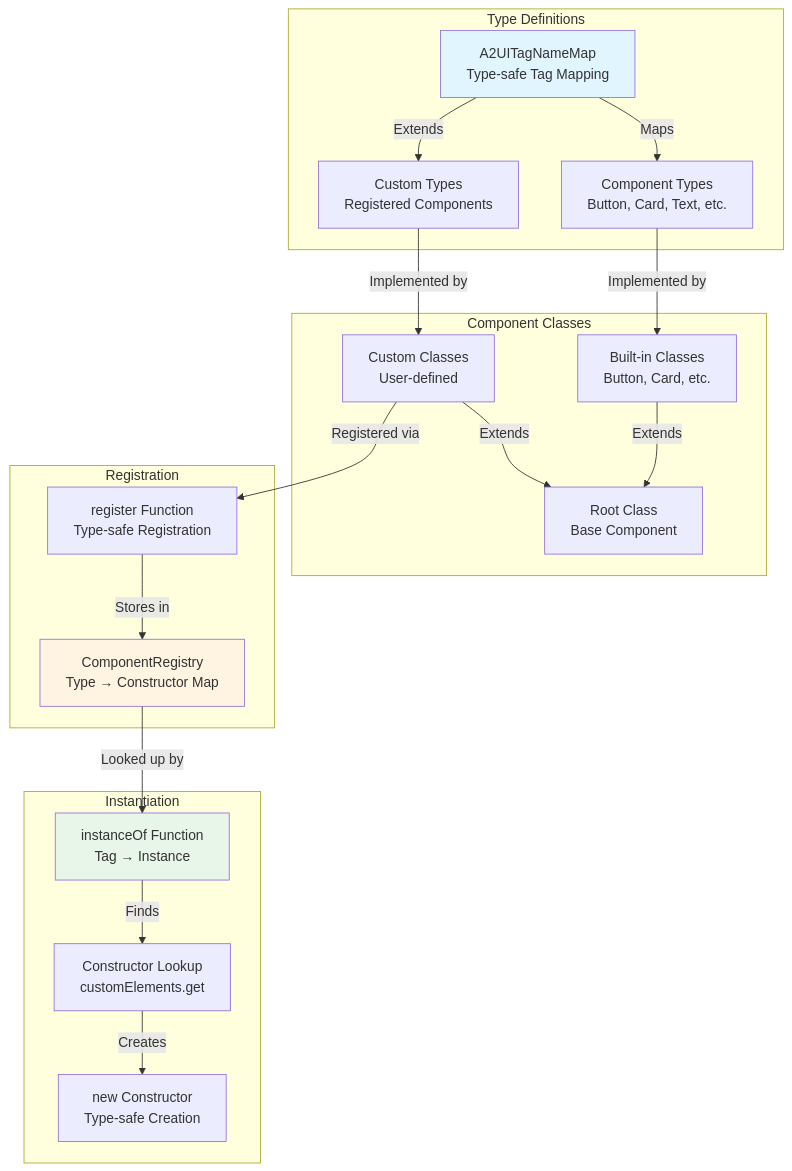
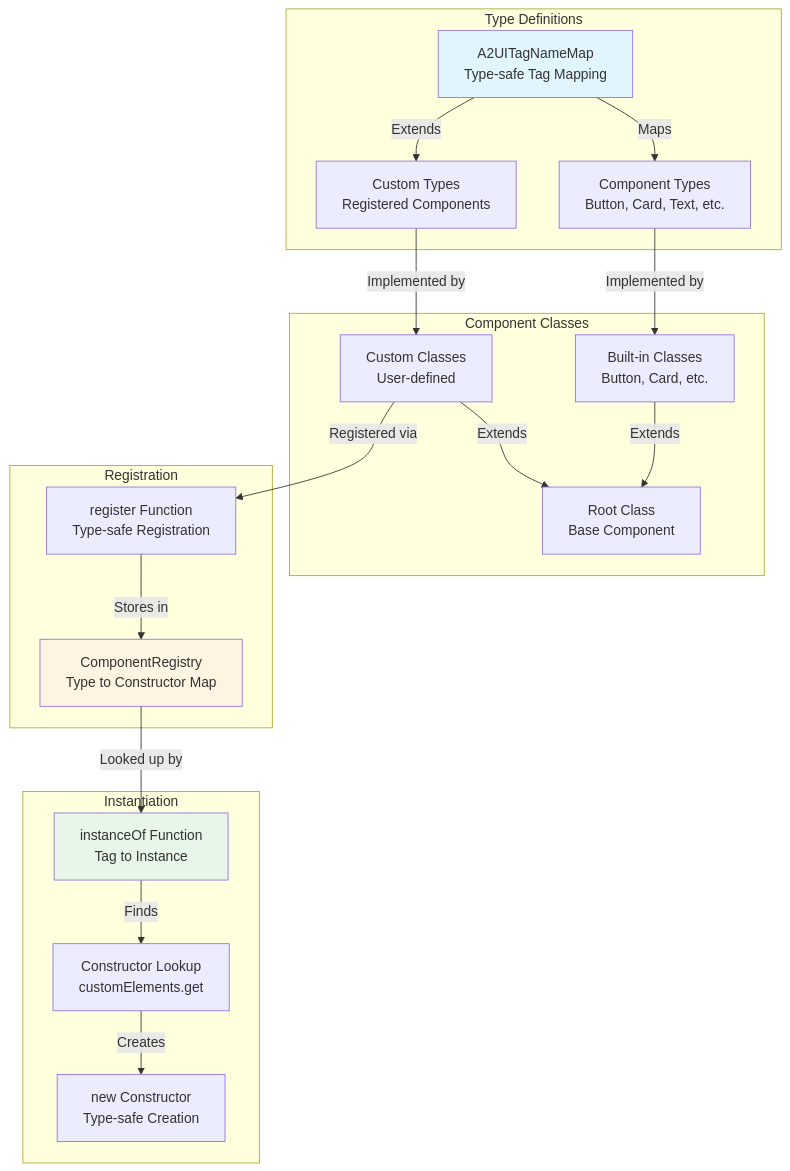
Before and after one commit to google/A2UI: the fourth of 6 diagrams in A2UI_TECHNICAL_ARCHITECTURE.md, drawn with Mermaid. The commit also changed other lines of this file, not shown here.

Commit message:
Fix Mermaid syntax error in Data Binding Flow diagram

````diff
--- a/A2UI_TECHNICAL_ARCHITECTURE.md
+++ b/A2UI_TECHNICAL_ARCHITECTURE.md
@@ -197,42 +197,42 @@
 ```mermaid
 graph TD
     subgraph "Type Definitions"
         TAG_MAP[A2UITagNameMap<br/>Type-safe Tag Mapping]
         COMP_TYPES[Component Types<br/>Button, Card, Text, etc.]
         CUSTOM_TYPES[Custom Types<br/>Registered Components]
     end
 
     subgraph "Component Classes"
         ROOT_CLASS[Root Class<br/>Base Component]
         BUILTIN_CLASS[Built-in Classes<br/>Button, Card, etc.]
         CUSTOM_CLASS[Custom Classes<br/>User-defined]
     end
 
     subgraph "Registration"
-        REGISTRY[ComponentRegistry<br/>Type → Constructor Map]
-        REGISTER[register Function<br/>Type-safe Registration]
+        REGISTRY["ComponentRegistry<br/>Type to Constructor Map"]
+        REGISTER["register Function<br/>Type-safe Registration"]
     end
 
     subgraph "Instantiation"
-        INSTANCE[instanceOf Function<br/>Tag → Instance]
-        CTOR[Constructor Lookup<br/>customElements.get]
-        NEW[new Constructor<br/>Type-safe Creation]
+        INSTANCE["instanceOf Function<br/>Tag to Instance"]
+        CTOR["Constructor Lookup<br/>customElements.get"]
+        NEW["new Constructor<br/>Type-safe Creation"]
     end
 
     TAG_MAP -->|Maps| COMP_TYPES
     TAG_MAP -->|Extends| CUSTOM_TYPES
     COMP_TYPES -->|Implemented by| BUILTIN_CLASS
     CUSTOM_TYPES -->|Implemented by| CUSTOM_CLASS
     BUILTIN_CLASS -->|Extends| ROOT_CLASS
     CUSTOM_CLASS -->|Extends| ROOT_CLASS
 
     CUSTOM_CLASS -->|Registered via| REGISTER
     REGISTER -->|Stores in| REGISTRY
     REGISTRY -->|Looked up by| INSTANCE
     INSTANCE -->|Finds| CTOR
     CTOR -->|Creates| NEW
 
     style TAG_MAP fill:#e1f5ff
     style REGISTRY fill:#fff4e1
     style INSTANCE fill:#e8f5e9
 ```
````
